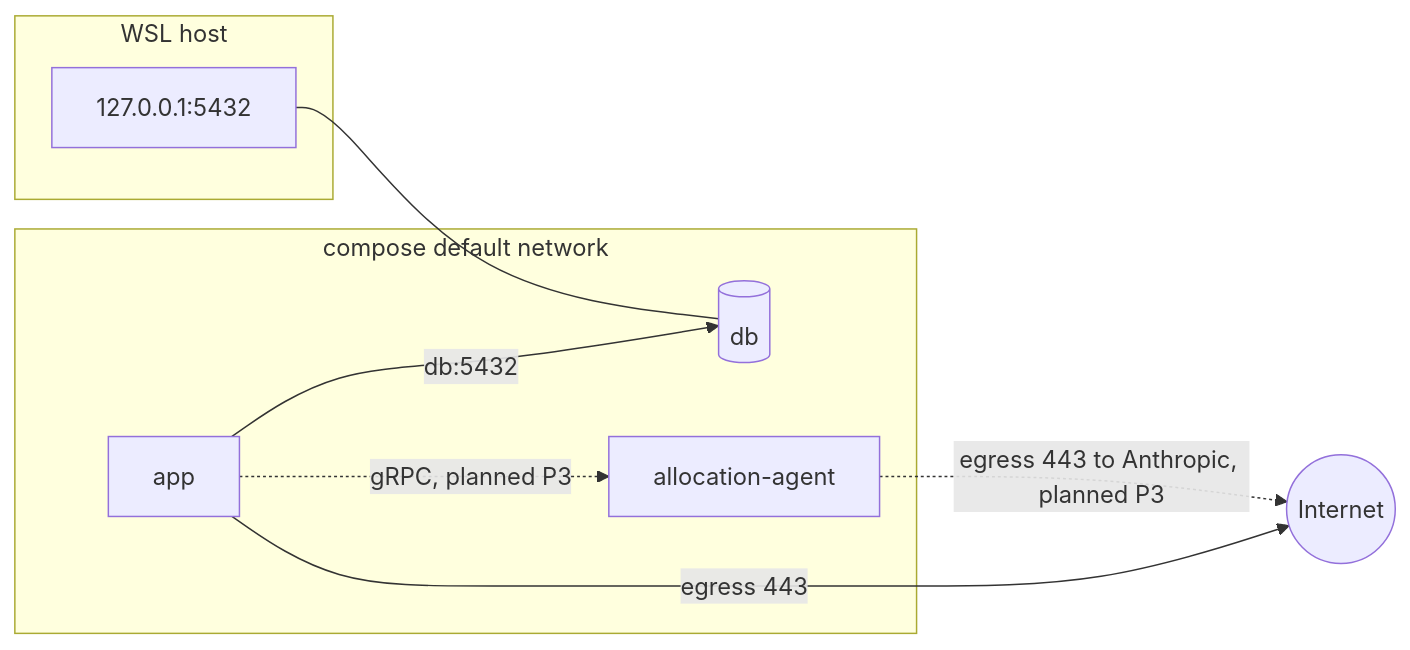
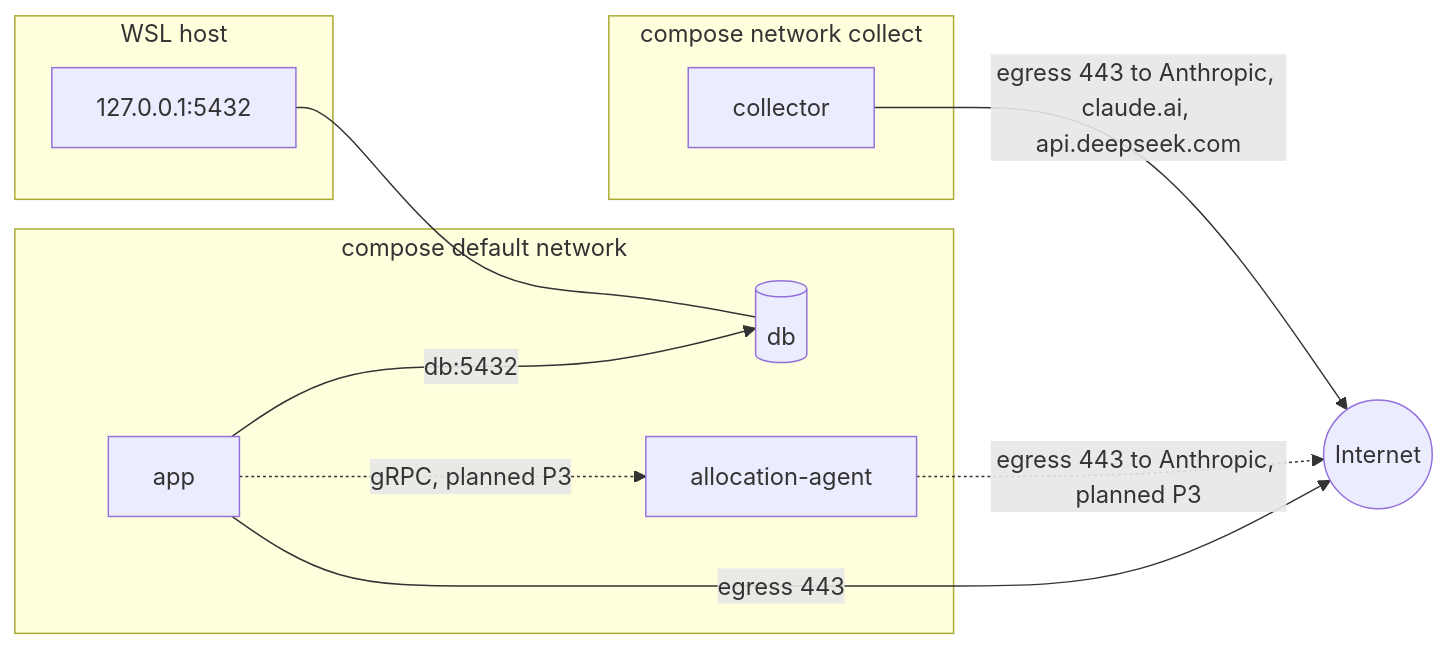
The diagram in docs/architecture/network.md (benphamswe/timesheet-bot), drawn with Mermaid before and after one commit. The commit also changed other lines of this file and 118 other files, not shown here.

````diff
--- a/docs/architecture/network.md
+++ b/docs/architecture/network.md
@@ -28,13 +30,17 @@
 ```mermaid
 flowchart LR
     subgraph host[WSL host]
         p5432[127.0.0.1:5432]
     end
     subgraph net[compose default network]
         app[app] -- db:5432 --> db[(db)]
         app -. gRPC, planned P3 .-> agent[allocation-agent]
     end
+    subgraph cnet[compose network collect]
+        collector[collector]
+    end
     p5432 --- db
     app -- egress 443 --> internet((Internet))
     agent -. egress 443 to Anthropic, planned P3 .-> internet
+    collector -- egress 443 to Anthropic, claude.ai, api.deepseek.com --> internet
 ```
````
